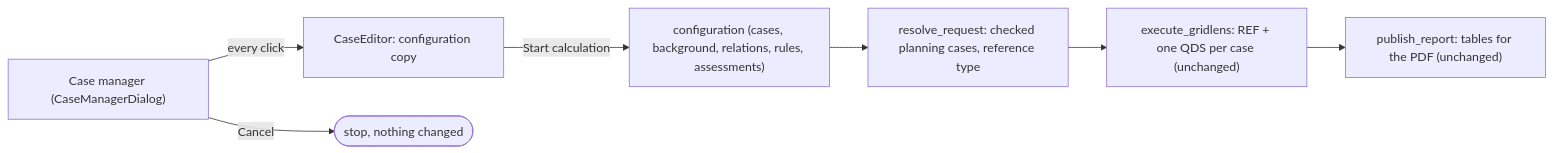
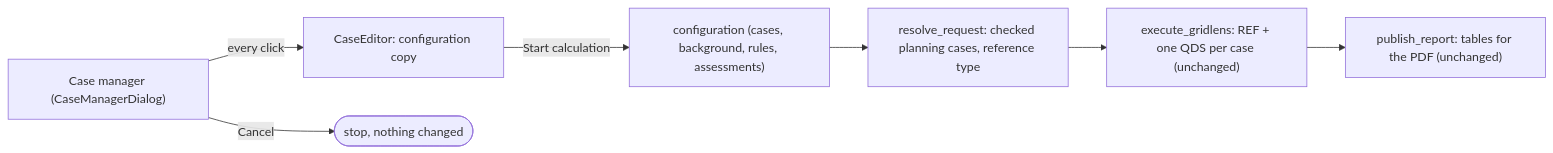
One commit to hadiibrahim-Engin/GridLensAssessment changed the diagram in docs/CASE_MANAGER.md. Above: the diagram before and after it, drawn with Mermaid. The commit also changed other lines of this file and 10 other files, not shown here.

````diff
--- a/docs/CASE_MANAGER.md
+++ b/docs/CASE_MANAGER.md
@@ -194,9 +190,9 @@
 ```mermaid
 flowchart LR
     W["Case manager (CaseManagerDialog)"] -- "every click" --> E["CaseEditor: configuration copy"]
-    E -- "Start calculation" --> C["configuration (cases, background, relations, rules, assessments)"]
+    E -- "Start calculation" --> C["configuration (cases, background, rules, assessments)"]
     C --> R["resolve_request: checked planning cases, reference type"]
     R --> G["execute_gridlens: REF + one QDS per case (unchanged)"]
     G --> P["publish_report: tables for the PDF (unchanged)"]
     W -- "Cancel" --> X(["stop, nothing changed"])
 ```
````
